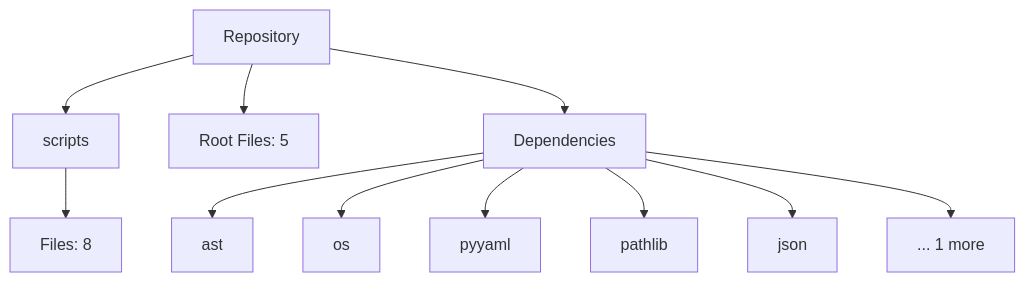
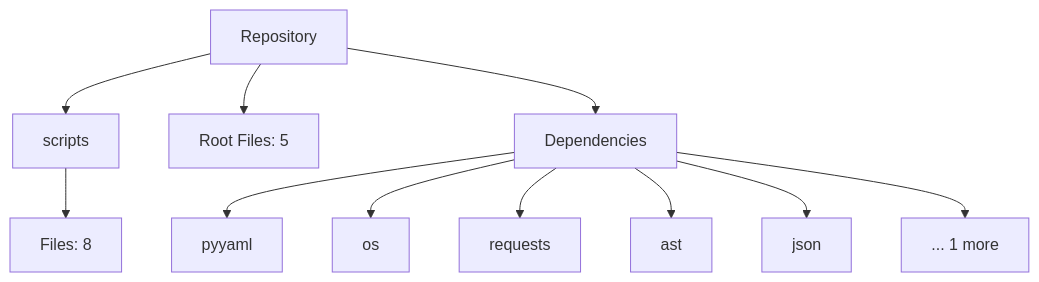
One commit to NITISH-R-G/Smart-Task-Tracker-macOS-Dark-Edition- changed the diagram in README.md. Above: the diagram before and after it, drawn with Mermaid. The commit also changed 4 other files, not shown here.

Commit message:
docs(auto): Automatically update repository architecture and README

````diff
--- a/README.md
+++ b/README.md
@@ -17,15 +17,15 @@
 ```mermaid
 graph TD
     Root[Repository]
     Root --> scripts[scripts]
     scripts --> scripts_files[Files: 8]
     Root --> Root_files[Root Files: 5]
     Root --> Deps[Dependencies]
+    Deps --> pyyaml[pyyaml]
+    Deps --> os[os]
+    Deps --> requests[requests]
     Deps --> ast[ast]
-    Deps --> os[os]
-    Deps --> pyyaml[pyyaml]
-    Deps --> pathlib[pathlib]
     Deps --> json[json]
     Deps --> MoreDeps[... 1 more]
 
 ```
````
